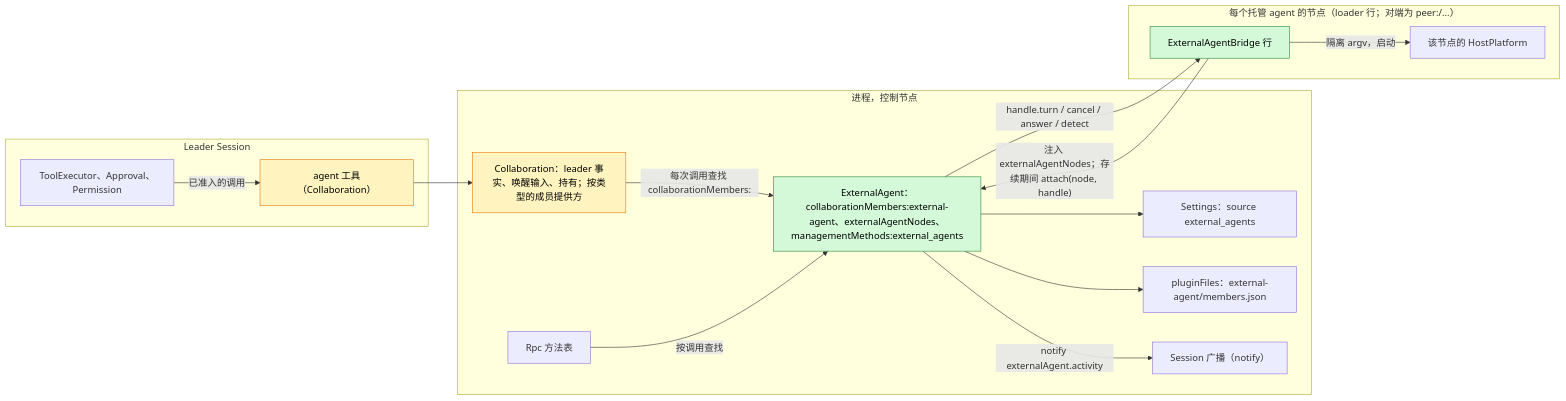
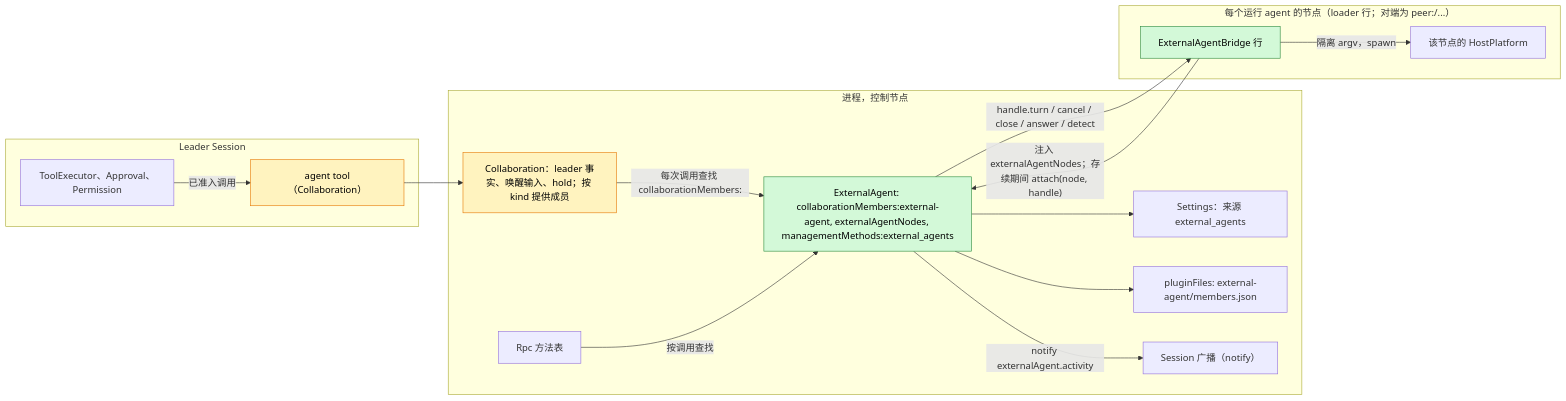
One commit to CoutinhoTTS/dim-agent changed the first of 4 diagrams in docs/zh/design/plugins/ExternalAgent.md. Above: the diagram before and after it, drawn with Mermaid. The commit also changed other lines of this file and 7 other files, not shown here.

First line of the commit message:
docs(external-agent): narrow the member contract

````diff
--- a/docs/zh/design/plugins/ExternalAgent.md
+++ b/docs/zh/design/plugins/ExternalAgent.md
@@ -31,31 +31,31 @@
 ```mermaid
 flowchart LR
   classDef new fill:#d3f9d8,stroke:#2b8a3e,color:#000
   classDef chg fill:#fff3bf,stroke:#e67700,color:#000
   subgraph leader["Leader Session"]
-    Tool["agent 工具（Collaboration）"]:::chg
+    Tool["agent tool（Collaboration）"]:::chg
     TE["ToolExecutor、Approval、Permission"]
   end
   subgraph proc["进程，控制节点"]
-    Coll["Collaboration：leader 事实、唤醒输入、持有；按类型的成员提供方"]:::chg
-    EA["ExternalAgent：collaborationMembers:external-agent、externalAgentNodes、managementMethods:external_agents"]:::new
-    Settings["Settings：source external_agents"]
-    PF["pluginFiles：external-agent/members.json"]
+    Coll["Collaboration：leader 事实、唤醒输入、hold；按 kind 提供成员"]:::chg
+    EA["ExternalAgent: collaborationMembers:external-agent, externalAgentNodes, managementMethods:external_agents"]:::new
+    Settings["Settings：来源 external_agents"]
+    PF["pluginFiles: external-agent/members.json"]
     SB["Session 广播（notify）"]
     Rpc["Rpc 方法表"]
   end
-  subgraph node["每个托管 agent 的节点（loader 行；对端为 peer:<node>/...）"]
+  subgraph node["每个运行 agent 的节点（loader 行；对端为 peer:<node>/...）"]
     BR["ExternalAgentBridge 行"]:::new
     HP["该节点的 HostPlatform"]
   end
-  TE -->|"已准入的调用"| Tool
+  TE -->|"已准入调用"| Tool
   Tool --> Coll
   Coll -->|"每次调用查找 collaborationMembers:<kind>"| EA
   BR -->|"注入 externalAgentNodes；存续期间 attach(node, handle)"| EA
-  EA -->|"handle.turn / cancel / answer / detect"| BR
-  BR -->|"隔离 argv，启动"| HP
+  EA -->|"handle.turn / cancel / close / answer / detect"| BR
+  BR -->|"隔离 argv，spawn"| HP
   EA -->|"notify externalAgent.activity"| SB
   Rpc -->|"按调用查找"| EA
   EA --> Settings
   EA --> PF
 ```
````
